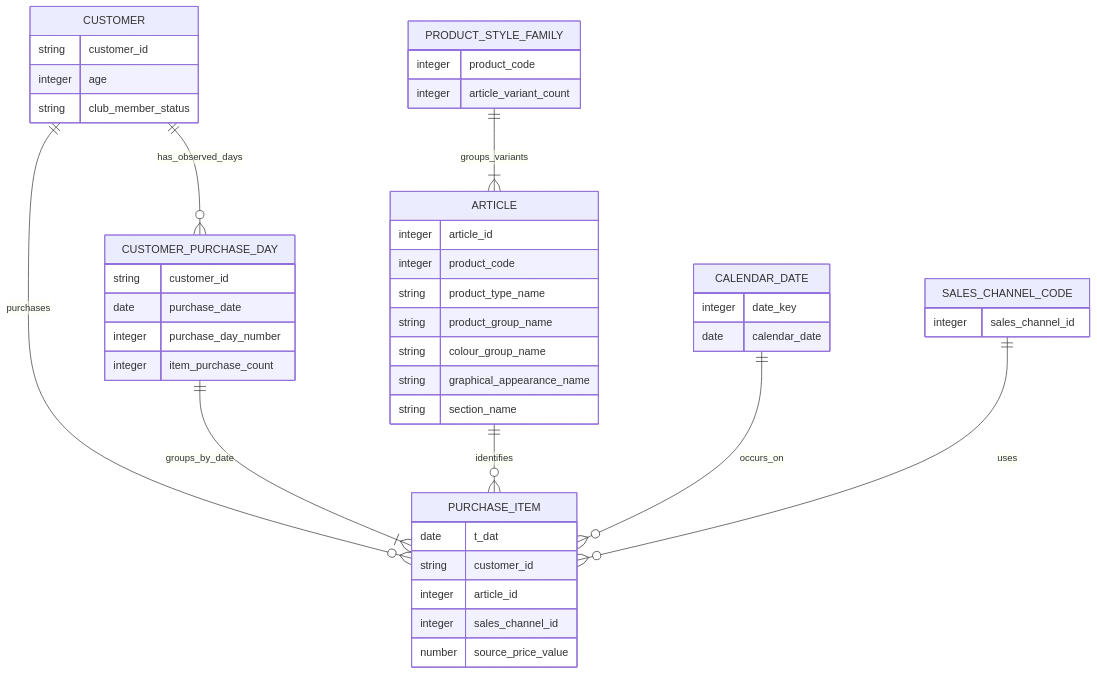
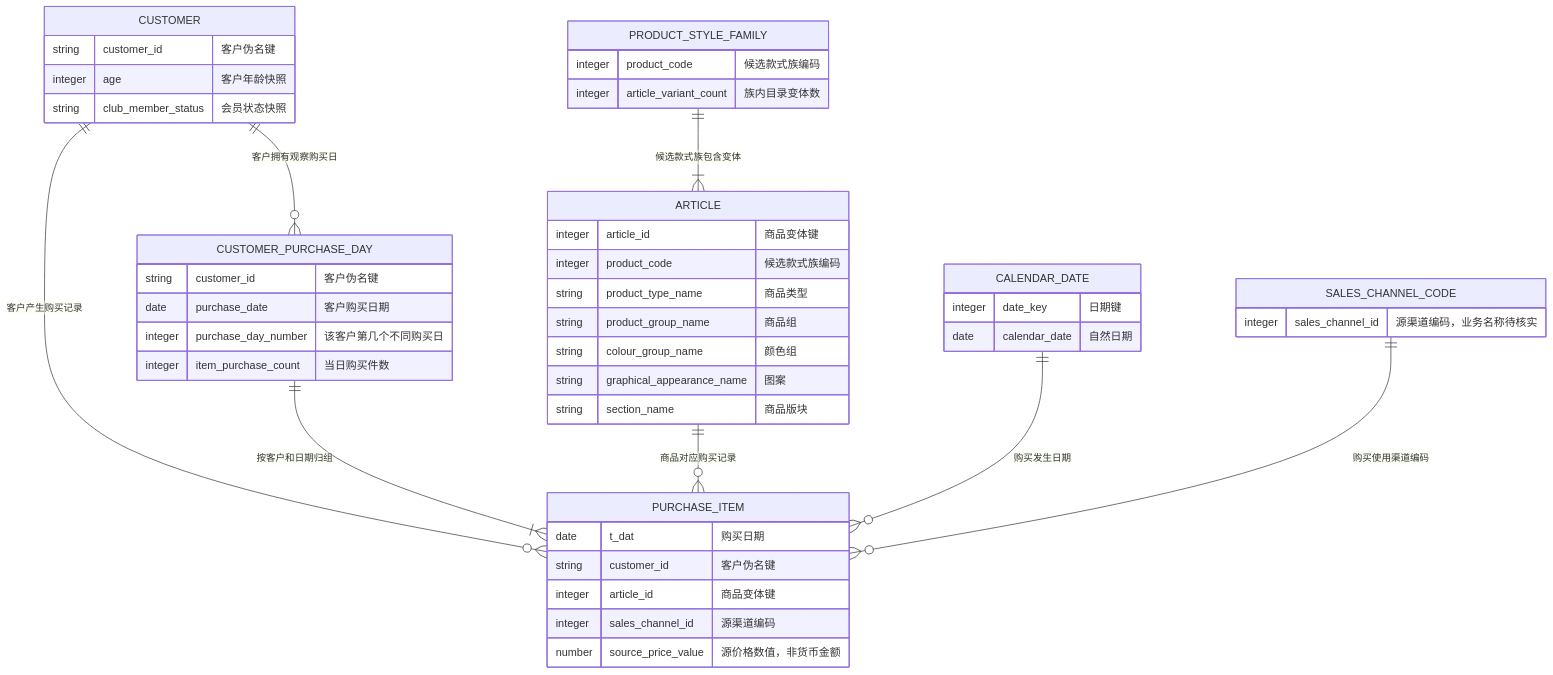
Before and after one commit to SongYunq/industry-data-warehouse: the diagram in docs/04-概念设计.md, drawn with Mermaid. The commit also changed other lines of this file and 5 other files, not shown here.

Commit message:
docs: 为数据设计图补充中文说明

````diff
--- a/docs/04-概念设计.md
+++ b/docs/04-概念设计.md
@@ -28,49 +30,49 @@
 ```mermaid
 erDiagram
-    CUSTOMER ||--o{ PURCHASE_ITEM : purchases
-    CUSTOMER ||--o{ CUSTOMER_PURCHASE_DAY : has_observed_days
-    CUSTOMER_PURCHASE_DAY ||--|{ PURCHASE_ITEM : groups_by_date
-    PRODUCT_STYLE_FAMILY ||--|{ ARTICLE : groups_variants
-    ARTICLE ||--o{ PURCHASE_ITEM : identifies
-    CALENDAR_DATE ||--o{ PURCHASE_ITEM : occurs_on
-    SALES_CHANNEL_CODE ||--o{ PURCHASE_ITEM : uses
+    CUSTOMER ||--o{ PURCHASE_ITEM : 客户产生购买记录
+    CUSTOMER ||--o{ CUSTOMER_PURCHASE_DAY : 客户拥有观察购买日
+    CUSTOMER_PURCHASE_DAY ||--|{ PURCHASE_ITEM : 按客户和日期归组
+    PRODUCT_STYLE_FAMILY ||--|{ ARTICLE : 候选款式族包含变体
+    ARTICLE ||--o{ PURCHASE_ITEM : 商品对应购买记录
+    CALENDAR_DATE ||--o{ PURCHASE_ITEM : 购买发生日期
+    SALES_CHANNEL_CODE ||--o{ PURCHASE_ITEM : 购买使用渠道编码
 
     CUSTOMER {
-        string customer_id
-        integer age
-        string club_member_status
+        string customer_id "客户伪名键"
+        integer age "客户年龄快照"
+        string club_member_status "会员状态快照"
     }
     ARTICLE {
-        integer article_id
-        integer product_code
-        string product_type_name
-        string product_group_name
-        string colour_group_name
-        string graphical_appearance_name
-        string section_name
+        integer article_id "商品变体键"
+        integer product_code "候选款式族编码"
+        string product_type_name "商品类型"
+        string product_group_name "商品组"
+        string colour_group_name "颜色组"
+        string graphical_appearance_name "图案"
+        string section_name "商品版块"
     }
     PRODUCT_STYLE_FAMILY {
-        integer product_code
-        integer article_variant_count
+        integer product_code "候选款式族编码"
+        integer article_variant_count "族内目录变体数"
     }
     CALENDAR_DATE {
-        integer date_key
-        date calendar_date
+        integer date_key "日期键"
+        date calendar_date "自然日期"
     }
     SALES_CHANNEL_CODE {
-        integer sales_channel_id
+        integer sales_channel_id "源渠道编码，业务名称待核实"
     }
     PURCHASE_ITEM {
-        date t_dat
-        string customer_id
-        integer article_id
-        integer sales_channel_id
-        number source_price_value
+        date t_dat "购买日期"
+        string customer_id "客户伪名键"
+        integer article_id "商品变体键"
+        integer sales_channel_id "源渠道编码"
+        number source_price_value "源价格数值，非货币金额"
     }
     CUSTOMER_PURCHASE_DAY {
-        string customer_id
-        date purchase_date
-        integer purchase_day_number
-        integer item_purchase_count
+        string customer_id "客户伪名键"
+        date purchase_date "客户购买日期"
+        integer purchase_day_number "该客户第几个不同购买日"
+        integer item_purchase_count "当日购买件数"
     }
 ```
````
